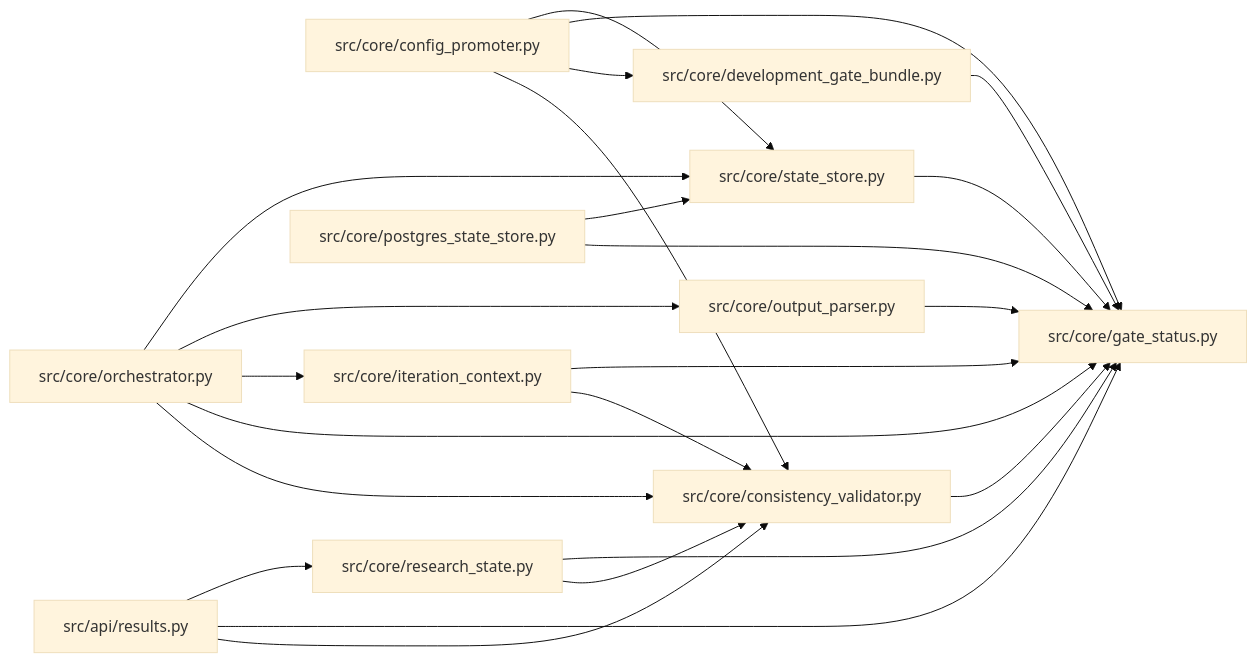
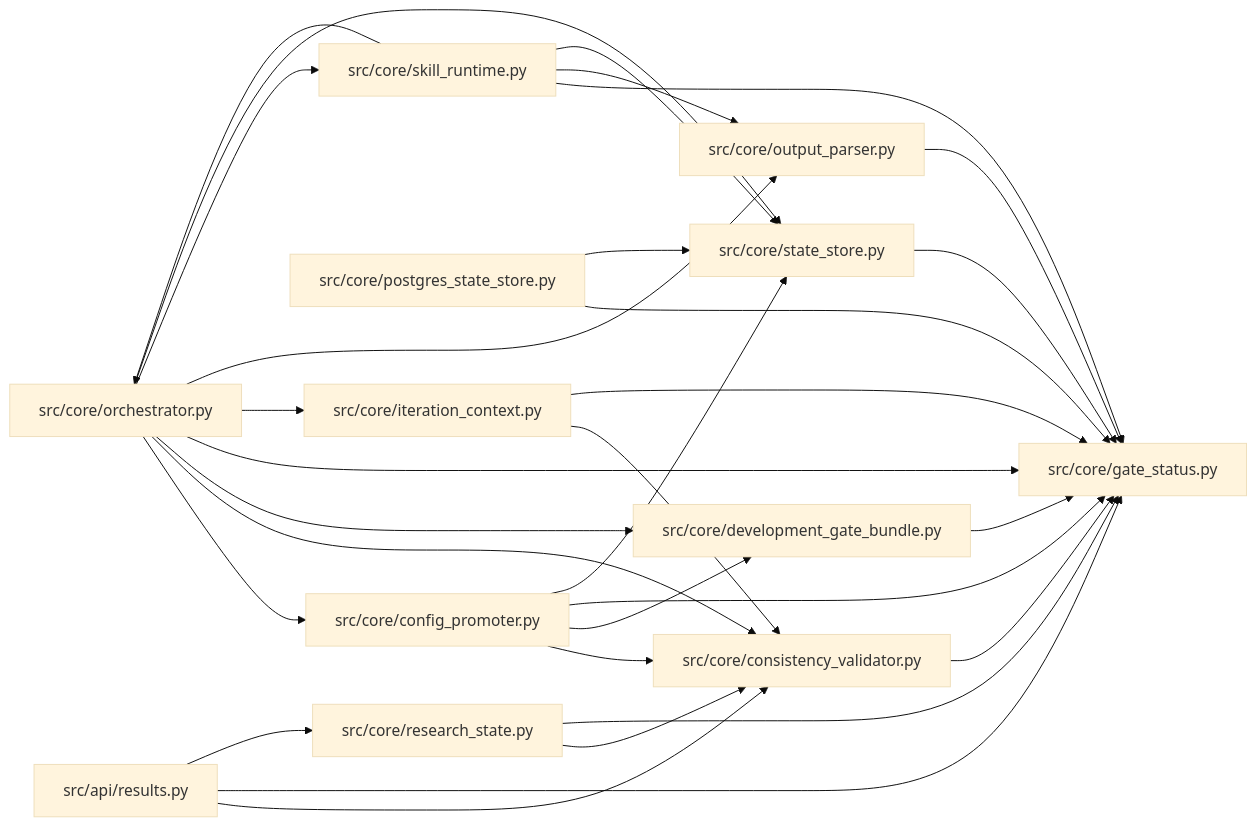
Before and after one commit to Denissvgn/autoresearch-agent: the diagram in docs/llm_wiki/modules/gate_status.md, drawn with Mermaid (base theme). The commit also changed other lines of this file and 1033 other files, not shown here.

````diff
--- a/docs/llm_wiki/modules/gate_status.md
+++ b/docs/llm_wiki/modules/gate_status.md
@@ -21,47 +21,56 @@
 ```mermaid
 flowchart LR
     n0["src/api/results.py"]
     n1["src/core/config_promoter.py"]
     n2["src/core/consistency_validator.py"]
     n3["src/core/development_gate_bundle.py"]
     n4["src/core/gate_status.py"]
     n5["src/core/iteration_context.py"]
     n6["src/core/orchestrator.py"]
     n7["src/core/output_parser.py"]
     n8["src/core/postgres_state_store.py"]
     n9["src/core/research_state.py"]
-    n10["src/core/state_store.py"]
+    n10["src/core/skill_runtime.py"]
+    n11["src/core/state_store.py"]
     n0 --> n2
     n0 --> n4
     n0 --> n9
     n1 --> n2
     n1 --> n3
     n1 --> n4
-    n1 --> n10
+    n1 --> n11
     n2 --> n4
     n3 --> n4
     n5 --> n2
     n5 --> n4
+    n6 --> n1
     n6 --> n2
+    n6 --> n3
     n6 --> n4
     n6 --> n5
     n6 --> n7
     n6 --> n10
+    n6 --> n11
     n7 --> n4
     n8 --> n4
-    n8 --> n10
+    n8 --> n11
     n9 --> n2
     n9 --> n4
     n10 --> n4
+    n10 --> n6
+    n10 --> n7
+    n10 --> n11
+    n11 --> n4
     click n0 "../modules/results.md"
     click n1 "../modules/config_promoter.md"
     click n2 "../modules/consistency_validator.md"
     click n3 "../modules/development_gate_bundle.md"
     click n4 "../modules/gate_status.md"
     click n5 "../modules/iteration_context.md"
     click n6 "../modules/orchestrator.md"
     click n7 "../modules/output_parser.md"
     click n8 "../modules/postgres_state_store.md"
     click n9 "../modules/research_state.md"
-    click n10 "../modules/state_store.md"
+    click n10 "../modules/skill_runtime.md"
+    click n11 "../modules/state_store.md"
 ```
````
